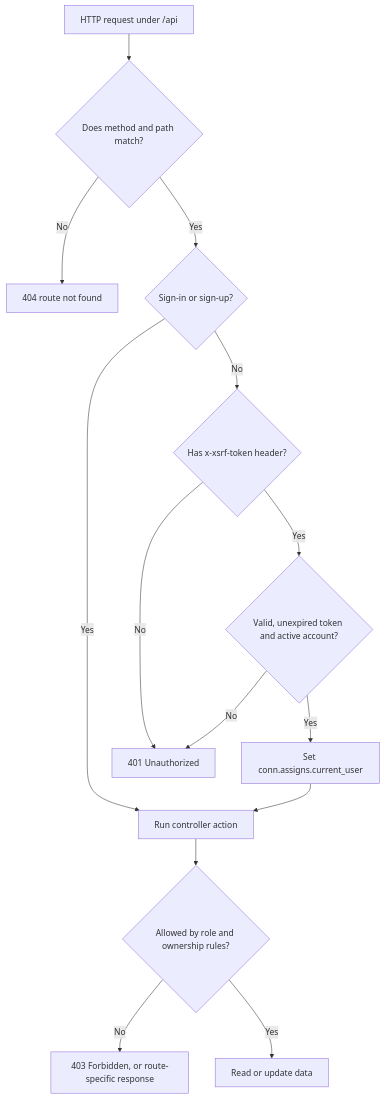
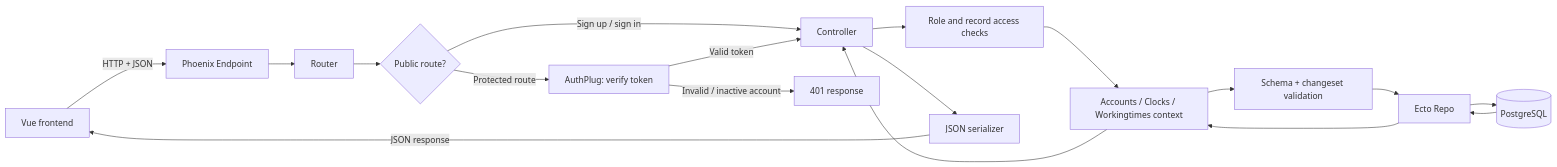
One commit to Ousama31/time_manager changed the first of 4 diagrams in backend/project/backend_overview.md. Above: the diagram before and after it, drawn with Mermaid. The commit also changed other lines of this file, not shown here.

````diff
--- a/backend/project/backend_overview.md
+++ b/backend/project/backend_overview.md
@@ -50,16 +13,18 @@
 ```mermaid
-flowchart TD
-  Request[HTTP request under /api] --> Match{Does method and path match?}
-  Match -->|No| NotFound[404 route not found]
-  Match -->|Yes| Public{Sign-in or sign-up?}
-  Public -->|Yes| Action[Run controller action]
-  Public -->|No| Header{Has x-xsrf-token header?}
-  Header -->|No| Unauthorized[401 Unauthorized]
-  Header -->|Yes| Verify{Valid, unexpired token and active account?}
-  Verify -->|No| Unauthorized
-  Verify -->|Yes| Assign[Set conn.assigns.current_user]
-  Assign --> Action
-  Action --> Rules{Allowed by role and ownership rules?}
-  Rules -->|No| Forbidden[403 Forbidden, or route-specific response]
-  Rules -->|Yes| Work[Read or update data]
+flowchart LR
+  A[Vue frontend] -->|HTTP + JSON| B[Phoenix Endpoint]
+  B --> C[Router]
+  C --> D{Public route?}
+  D -->|Sign up / sign in| E[Controller]
+  D -->|Protected route| F[AuthPlug: verify token]
+  F -->|Valid token| E
+  F -->|Invalid / inactive account| X[401 response]
+  E --> G[Role and record access checks]
+  G --> H[Accounts / Clocks / Workingtimes context]
+  H --> I[Schema + changeset validation]
+  I --> J[Ecto Repo]
+  J --> K[(PostgreSQL)]
+  K --> J --> H --> E
+  E --> L[JSON serializer]
+  L -->|JSON response| A
 ```
````
